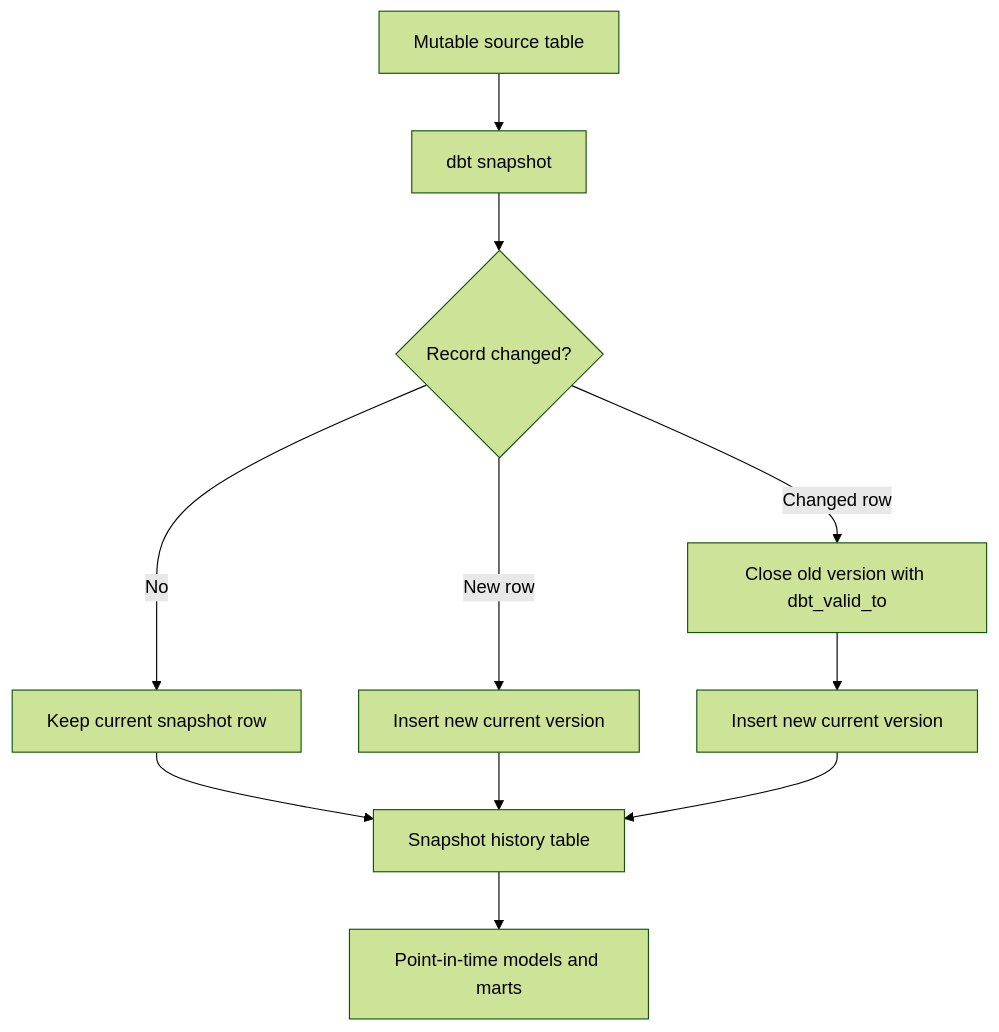
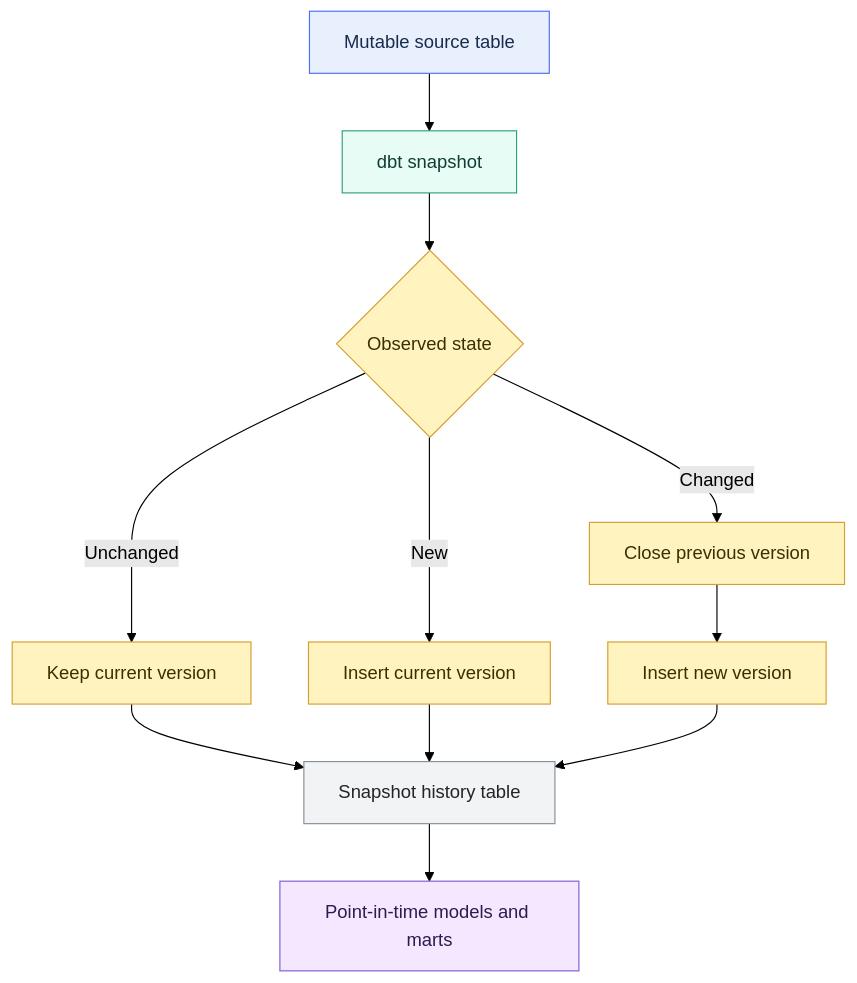
Before and after one commit to shonningsoy/Upskill: the diagram in 02 dbt/01 Core Concepts and Project Structure/09 Snapshots and Historical Change Tracking.md, drawn with Mermaid (forest theme). The commit also changed other lines of this file and 10 other files, not shown here.

````diff
--- a/02 dbt/01 Core Concepts and Project Structure/09 Snapshots and Historical Change Tracking.md
+++ b/02 dbt/01 Core Concepts and Project Structure/09 Snapshots and Historical Change Tracking.md
@@ -79,14 +80,25 @@
 ```mermaid
 flowchart TD
     A[Mutable source table] --> B[dbt snapshot]
-    B --> C{Record changed?}
-    C -->|No| D[Keep current snapshot row]
-    C -->|New row| E[Insert new current version]
-    C -->|Changed row| F[Close old version with dbt_valid_to]
-    F --> G[Insert new current version]
-
+    B --> C{Observed state}
+    C -->|Unchanged| D[Keep current version]
+    C -->|New| E[Insert current version]
+    C -->|Changed| F[Close previous version]
+    F --> G[Insert new version]
     D --> H[Snapshot history table]
     E --> H
     G --> H
     H --> I[Point-in-time models and marts]
+
+    classDef input fill:#E8F0FE,stroke:#4C6EF5,color:#172B4D
+    classDef control fill:#FFF3BF,stroke:#D69E2E,color:#3D2E00
+    classDef dbt fill:#E6FCF5,stroke:#2F9E7B,color:#123C34
+    classDef platform fill:#F1F3F5,stroke:#868E96,color:#212529
+    classDef output fill:#F3E8FF,stroke:#805AD5,color:#2D1B4E
+
+    class A input
+    class B dbt
+    class C,D,E,F,G control
+    class H platform
+    class I output
 ```
````
